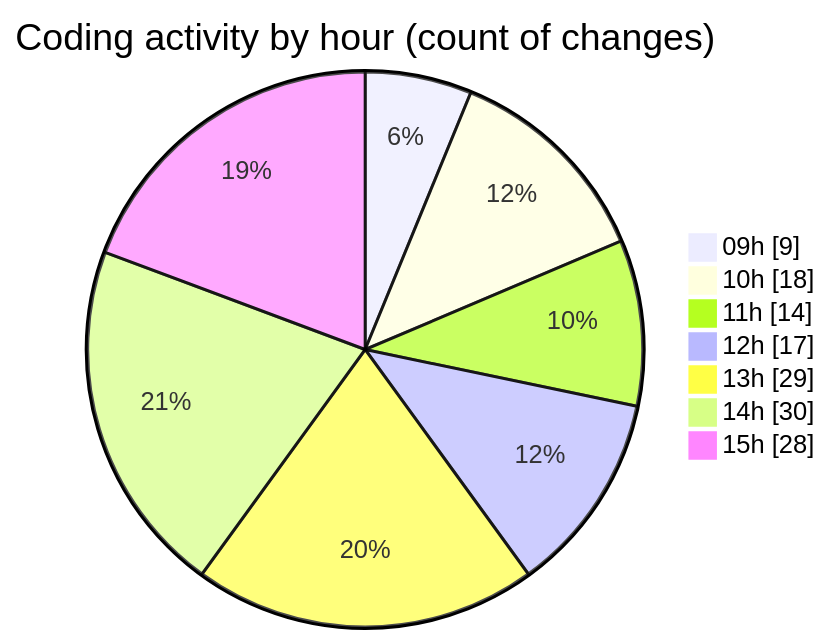
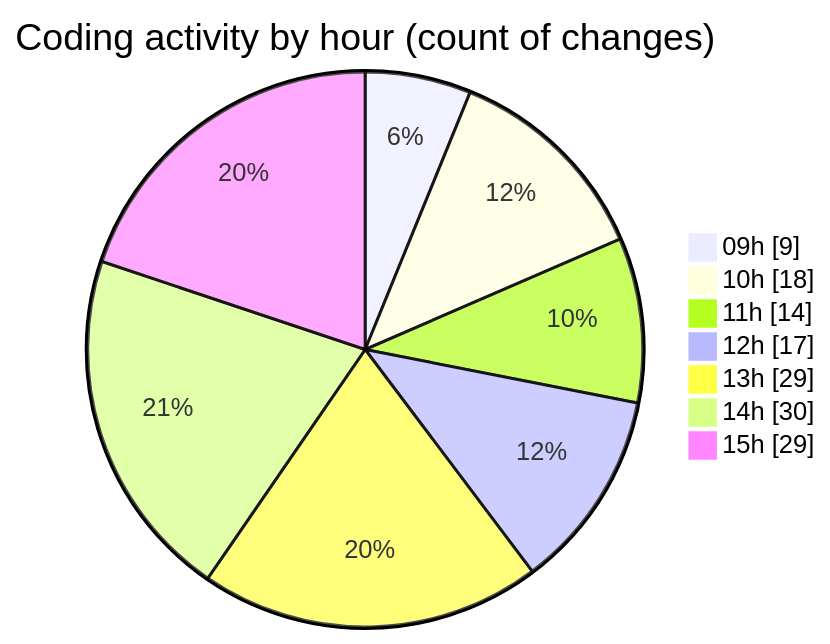
The second of 2 diagrams in 2025-03-24/cda/README.md (momahboobian/code-tracking), drawn with Mermaid before and after one commit. The commit also changed other lines of this file and 1 other file, not shown here.

````diff
--- a/2025-03-24/cda/README.md
+++ b/2025-03-24/cda/README.md
@@ -54,11 +54,11 @@
 ```mermaid
 pie showData
 title Coding activity by hour (count of changes)
 "09h" : 9
 "10h" : 18
 "11h" : 14
 "12h" : 17
 "13h" : 29
 "14h" : 30
-"15h" : 28
+"15h" : 29
 ```
````
